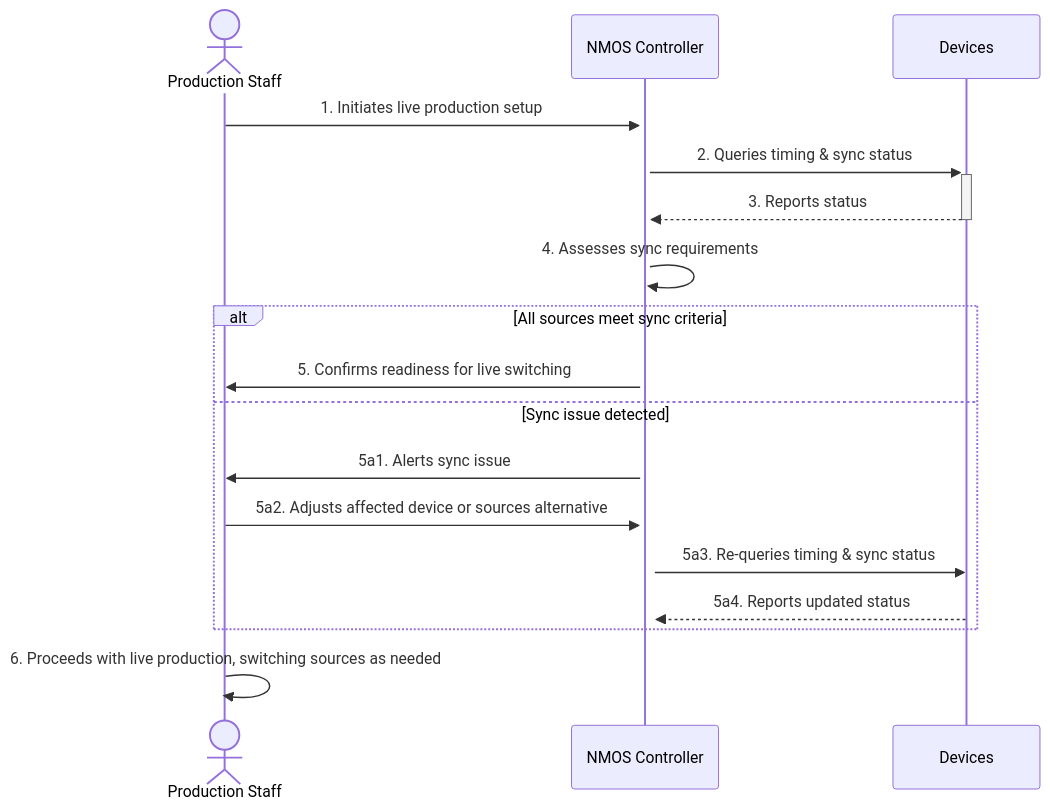
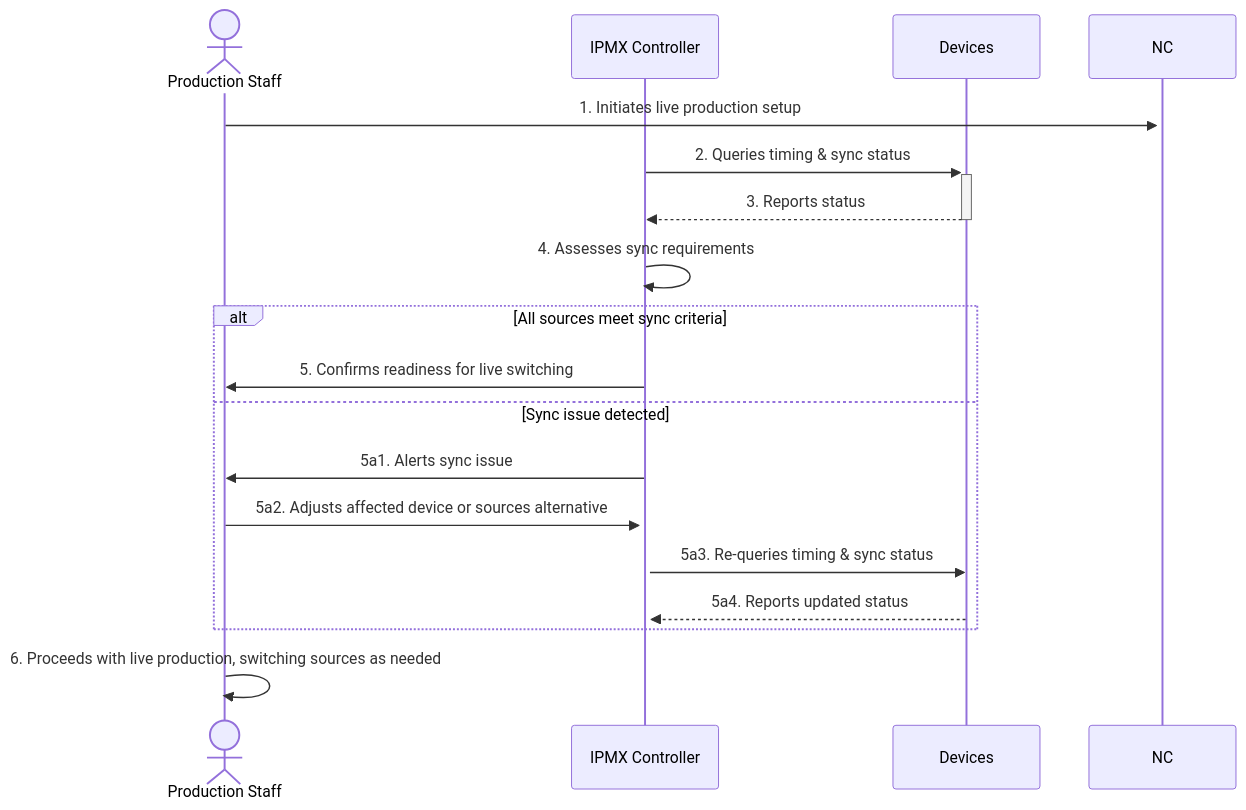
Before and after one commit to rbgodwin-nt/amwa-requirements-tracking: the diagram in IPMX/ProductionWorkflowEnhancement/Synchronization/UseCases/LiveProductionSwitching.md, drawn with Mermaid. The commit also changed other lines of this file, not shown here.

First line of the commit message:
Update LiveProductionSwitching.md

````diff
--- a/IPMX/ProductionWorkflowEnhancement/Synchronization/UseCases/LiveProductionSwitching.md
+++ b/IPMX/ProductionWorkflowEnhancement/Synchronization/UseCases/LiveProductionSwitching.md
@@ -53,20 +55,20 @@
 ```mermaid
 sequenceDiagram
     actor PS as Production Staff
-    participant NC as NMOS Controller
+    participant IPMXC as IPMX Controller
     participant DS as Devices
  
     PS->>+NC: 1. Initiates live production setup
-    NC->>+DS: 2. Queries timing & sync status
-    DS-->>-NC: 3. Reports status
-    NC->>NC: 4. Assesses sync requirements
+    IPMXC->>+DS: 2. Queries timing & sync status
+    DS-->>-IPMXC: 3. Reports status
+    IPMXC->>IPMXC: 4. Assesses sync requirements
     alt All sources meet sync criteria
-        NC->>PS: 5. Confirms readiness for live switching
+        IPMXC->>PS: 5. Confirms readiness for live switching
     else Sync issue detected
-        NC->>PS: 5a1. Alerts sync issue
-        PS->>+NC: 5a2. Adjusts affected device or sources alternative
-        NC->>DS: 5a3. Re-queries timing & sync status
-     DS-->>NC: 5a4. Reports updated status
+        IPMXC->>PS: 5a1. Alerts sync issue
+        PS->>+IPMXC: 5a2. Adjusts affected device or sources alternative
+        IPMXC->>DS: 5a3. Re-queries timing & sync status
+     DS-->>IPMXC: 5a4. Reports updated status
     end
    PS->>PS: 6. Proceeds with live production, switching sources as needed
 ```
````
